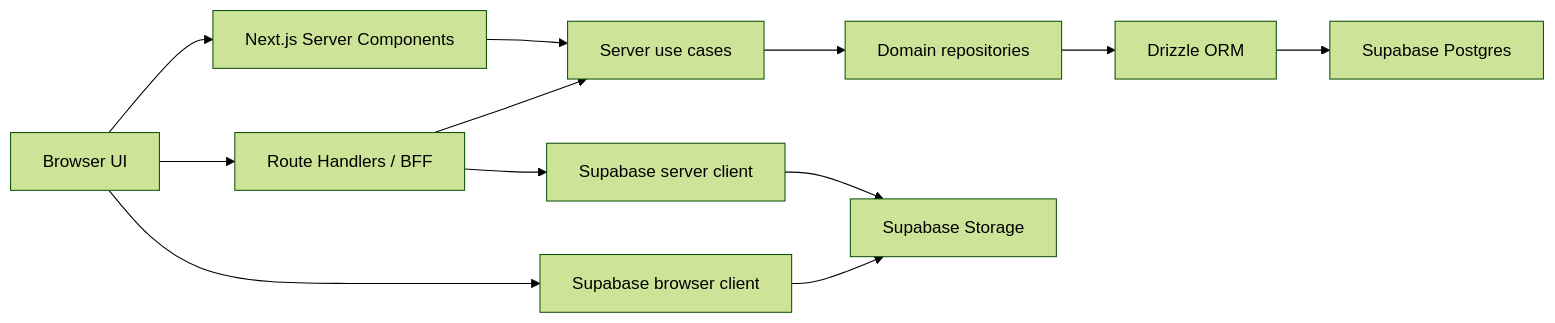
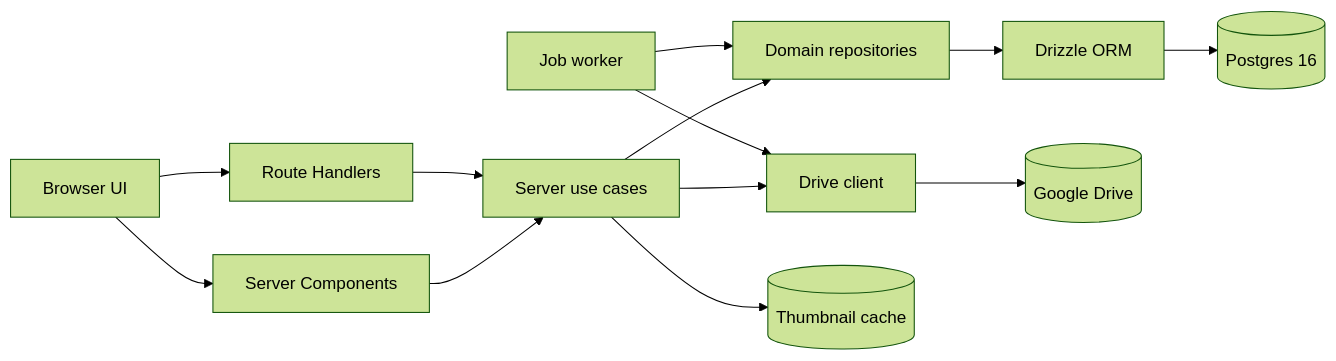
One commit to repyh/potokuadrat changed the diagram in docs/ARCHITECTURE.md. Above: the diagram before and after it, drawn with Mermaid (forest theme). The commit also changed other lines of this file and 8 other files, not shown here.

````diff
--- a/docs/ARCHITECTURE.md
+++ b/docs/ARCHITECTURE.md
@@ -9,14 +24,15 @@
 ```mermaid
 flowchart LR
-  Browser[Browser UI] --> Page[Next.js Server Components]
-  Browser --> Route[Route Handlers / BFF]
+  Browser[Browser UI] --> Page[Server Components]
+  Browser --> Route[Route Handlers]
   Page --> UseCase[Server use cases]
   Route --> UseCase
   UseCase --> Repo[Domain repositories]
   Repo --> Drizzle[Drizzle ORM]
-  Drizzle --> PG[Supabase Postgres]
-  Browser --> SupabaseBrowser[Supabase browser client]
-  Route --> SupabaseServer[Supabase server client]
-  SupabaseBrowser --> Storage[Supabase Storage]
-  SupabaseServer --> Storage
+  Drizzle --> PG[(Postgres 16)]
+  UseCase --> Drive[Drive client]
+  Drive --> Google[(Google Drive)]
+  UseCase --> Cache[(Thumbnail cache)]
+  Worker[Job worker] --> Repo
+  Worker --> Drive
 ```
````
